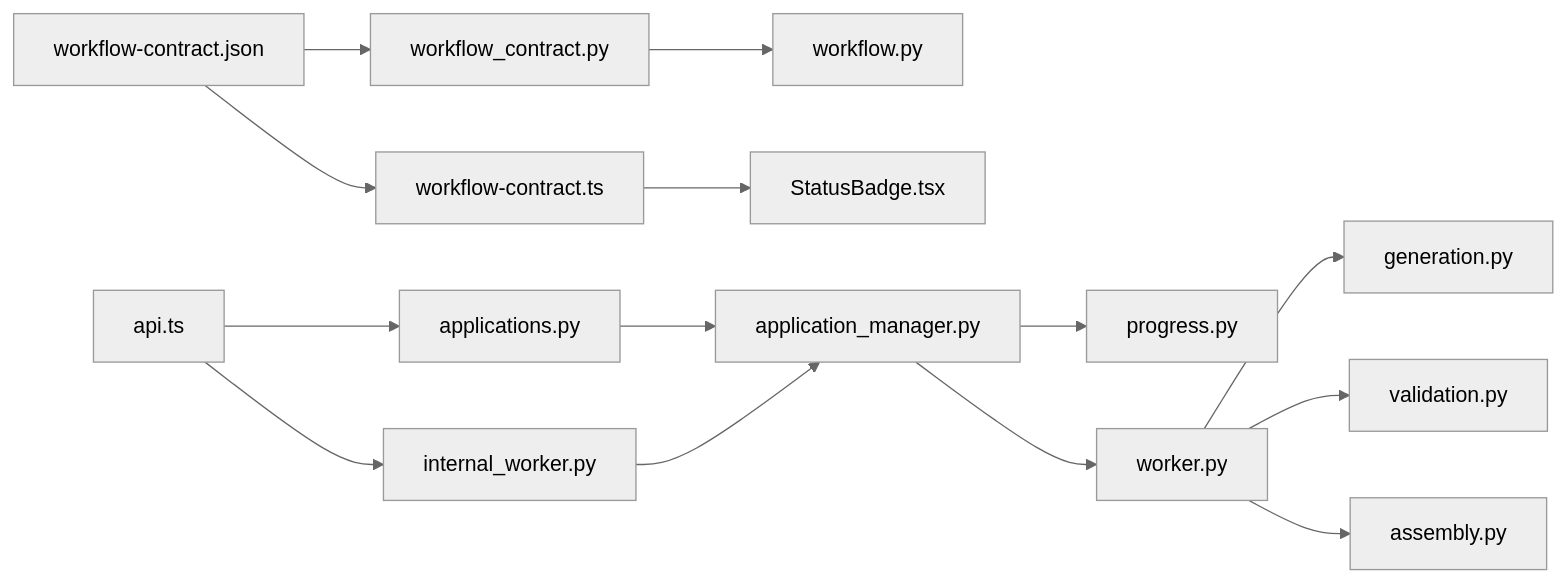
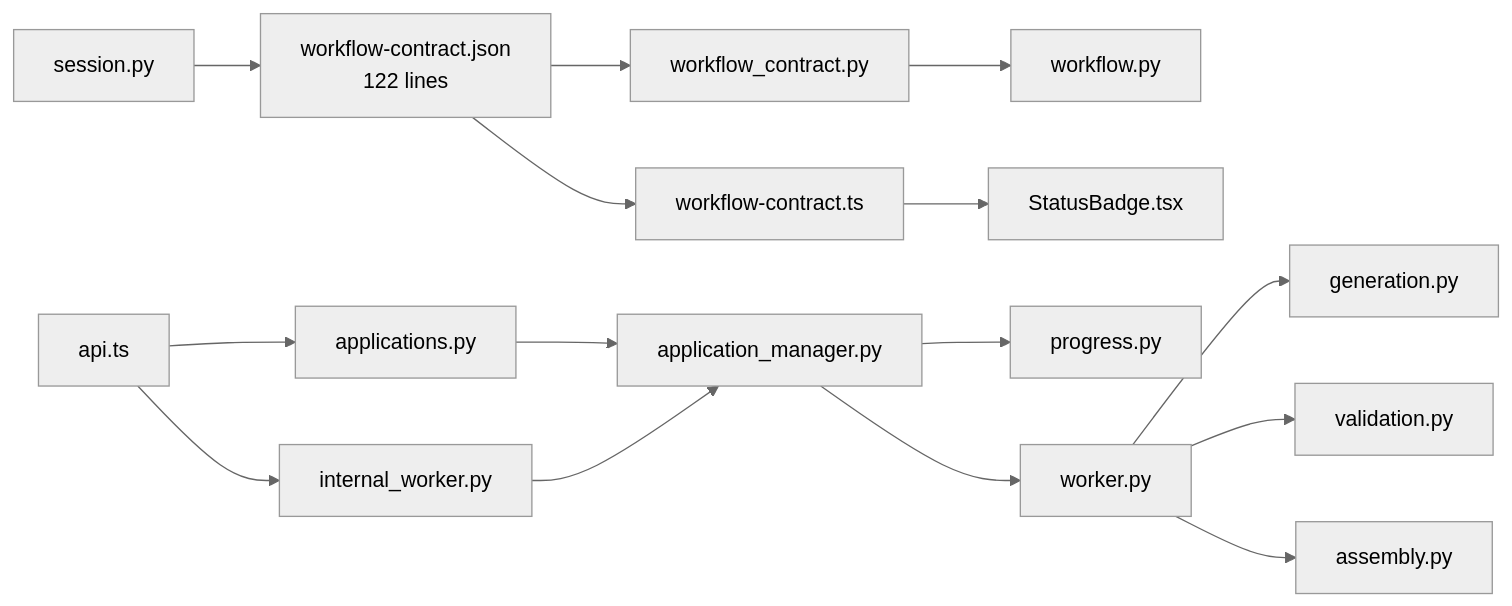
Before and after one commit to sankaL/resume-app: the eighth of 8 diagrams in .qoder/repowiki/en/content/Workflow Management.md, drawn with Mermaid (neutral theme). The commit also changed other lines of this file and 9 other files, not shown here.

````diff
--- a/.qoder/repowiki/en/content/Workflow Management.md
+++ b/.qoder/repowiki/en/content/Workflow Management.md
@@ -361,16 +391,17 @@
 ```mermaid
 graph LR
-SC["workflow-contract.json"] --> WC_PY["workflow_contract.py"]
+SC["workflow-contract.json<br/>122 lines"] --> WC_PY["workflow_contract.py"]
 SC --> WC_TS["workflow-contract.ts"]
 WC_PY --> WF["workflow.py"]
 WC_TS --> SB["StatusBadge.tsx"]
 API["applications.py"] --> AM["application_manager.py"]
 INT["internal_worker.py"] --> AM
 AM --> PR["progress.py"]
 AM --> W["worker.py"]
 W --> GEN["generation.py"]
 W --> VAL["validation.py"]
 W --> ASM["assembly.py"]
 FEAPI["api.ts"] --> API
 FEAPI --> INT
+SESS["session.py"] --> SC
 ```
````
